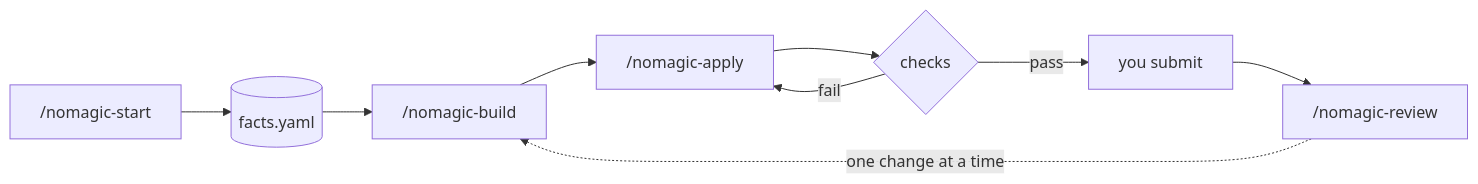
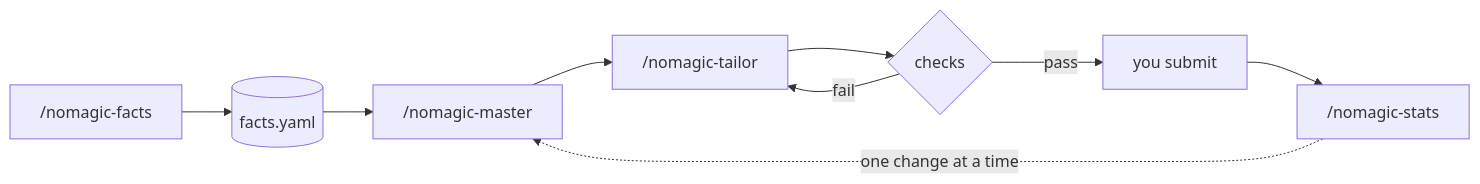
The diagram in README.md (naufal-nazar/nomagic-cv), drawn with Mermaid before and after one commit. The commit also changed other lines of this file and 21 other files, not shown here.

````diff
--- a/README.md
+++ b/README.md
@@ -103,7 +103,7 @@
 ```mermaid
 flowchart LR
-    A["/nomagic-start"] --> B[("facts.yaml")] --> C["/nomagic-build"] --> D["/nomagic-apply"] --> E{checks}
-    E -- pass --> F["you submit"] --> G["/nomagic-review"]
+    A["/nomagic-facts"] --> B[("facts.yaml")] --> C["/nomagic-master"] --> D["/nomagic-tailor"] --> E{checks}
+    E -- pass --> F["you submit"] --> G["/nomagic-stats"]
     E -- fail --> D
     G -. one change at a time .-> C
 ```
````
